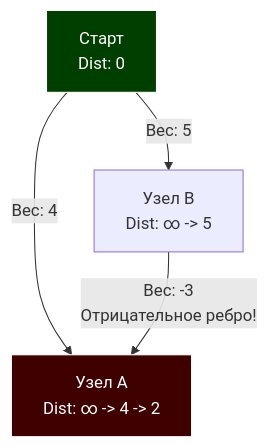
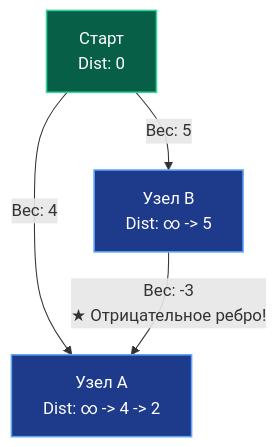
The first of 2 diagrams in sources/20. Алгоритмы и структуры данных (DSA) на Go/11. Графы/6. Алгоритм Беллмана Форда.md (UnrealTemplier/go-textbook), drawn with Mermaid before and after one commit. The commit also changed other lines of this file, not shown here.

````diff
--- a/sources/20. Алгоритмы и структуры данных (DSA) на Go/11. Графы/6. Алгоритм Беллмана Форда.md
+++ b/sources/20. Алгоритмы и структуры данных (DSA) на Go/11. Графы/6. Алгоритм Беллмана Форда.md
@@ -17,9 +27,12 @@
 ```mermaid
 flowchart TD
     S["Старт<br>Dist: 0"] -->|"Вес: 4"| A["Узел A<br>Dist: ∞ -> 4 -> 2"]
     S -->|"Вес: 5"| B["Узел B<br>Dist: ∞ -> 5"]
-    B -->|"Вес: -3<br>Отрицательное ребро!"| A
-    
-    style S fill:#003f00,stroke:#fff,color:#fff
-    style A fill:#3f0000,stroke:#fff,color:#fff
+    B -->|"Вес: -3<br>★ Отрицательное ребро!"| A
+
+    classDef startNode fill:#065f46,stroke:#34d399,stroke-width:1.5px,color:#ffffff;
+    classDef relaxNode fill:#1e3a8a,stroke:#60a5fa,stroke-width:1.5px,color:#ffffff;
+
+    class S startNode;
+    class A,B relaxNode;
 ```
````
